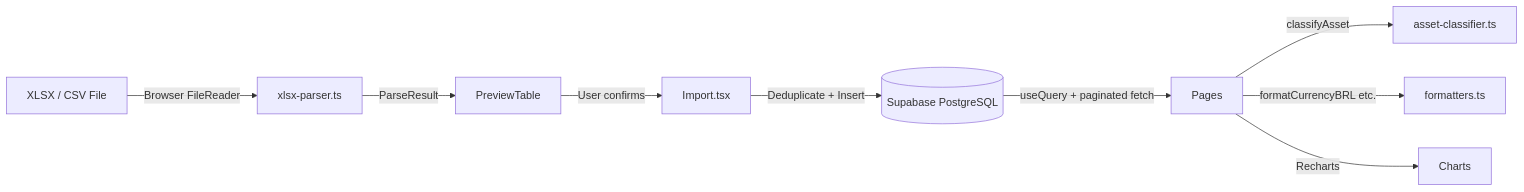
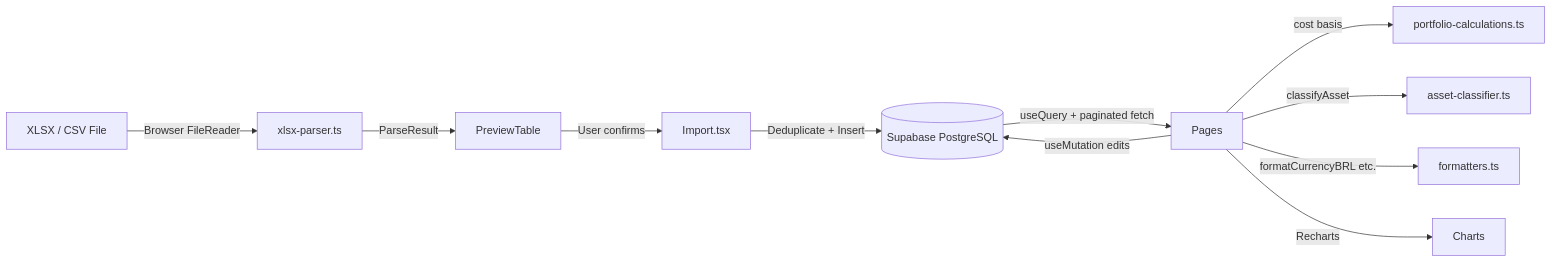
Before and after one commit to joao-sallaberry/portfolio-tracker: the diagram in ARCHITECTURE.md, drawn with Mermaid. The commit also changed other lines of this file and 7 other files, not shown here.

First line of the commit message:
untrack .env, sync unified schema and docs

````diff
--- a/ARCHITECTURE.md
+++ b/ARCHITECTURE.md
@@ -411,11 +393,13 @@
 ```mermaid
 graph LR
     A[XLSX / CSV File] -->|Browser FileReader| B[xlsx-parser.ts]
     B -->|ParseResult<T>| C[PreviewTable]
     C -->|User confirms| D[Import.tsx]
     D -->|Deduplicate + Insert| E[(Supabase PostgreSQL)]
     E -->|useQuery + paginated fetch| F[Pages]
+    F -->|useMutation edits| E
+    F -->|cost basis| P[portfolio-calculations.ts]
     F -->|classifyAsset| G[asset-classifier.ts]
     F -->|formatCurrencyBRL etc.| H[formatters.ts]
     F -->|Recharts| I[Charts]
 ```
````
